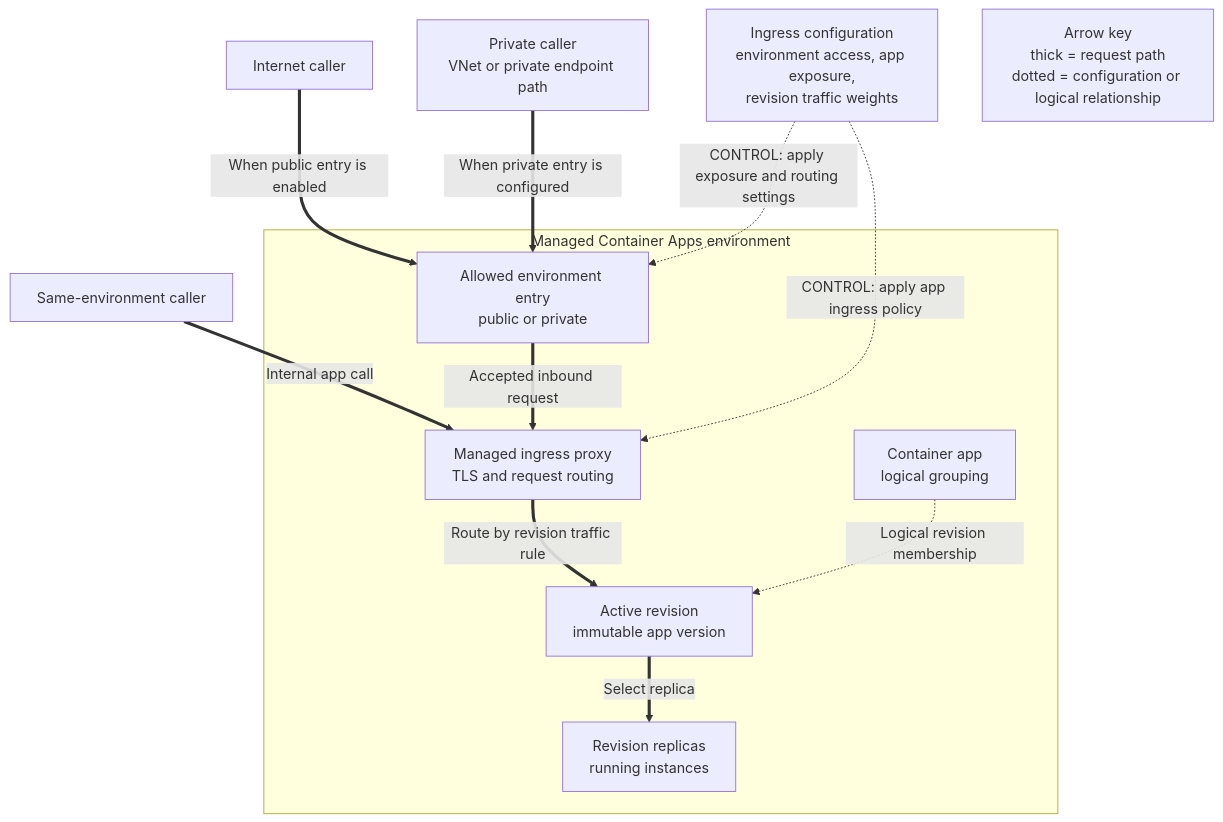
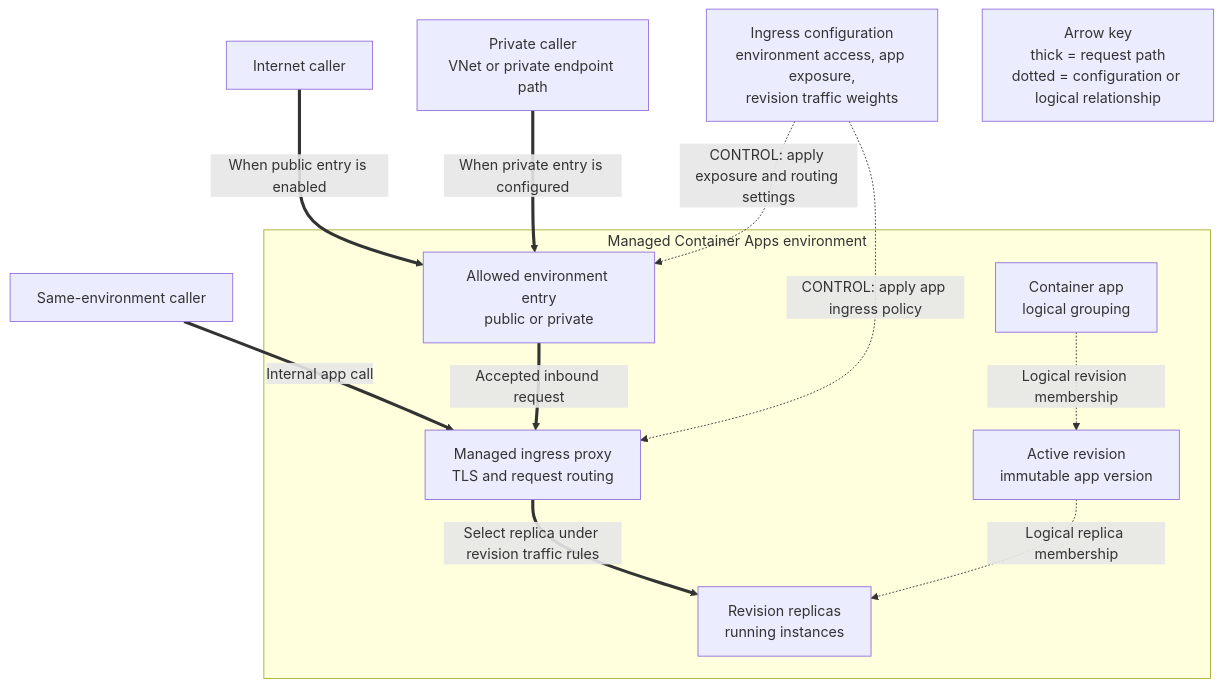
Before and after one commit to yeongseon/azure-container-apps-practical-guide: the first of 2 diagrams in docs/platform/networking/ingress.md, drawn with Mermaid. The commit also changed other lines of this file and 7 other files, not shown here.

First line of the commit message:
fix(diagrams): correct request paths and record review of platform and troubleshooting diagrams (#638)

````diff
--- a/docs/platform/networking/ingress.md
+++ b/docs/platform/networking/ingress.md
@@ -66,31 +66,31 @@
 ```mermaid
 flowchart TD
     accTitle: Azure Container Apps ingress request lifecycle
-    accDescr: Internet, virtual network, private endpoint, and same-environment callers reach the managed environment only through allowed entry paths. The managed ingress proxy terminates TLS and routes accepted requests to an active revision and its replicas. Dotted arrows show configuration rather than request traffic.
+    accDescr: Internet, virtual network, private endpoint, and same-environment callers reach the managed environment only through allowed entry paths. The managed ingress proxy terminates TLS and selects replicas under revision traffic rules. Dotted arrows show app, revision, and replica membership or configuration rather than request traffic.
 
     INTERNET["Internet caller"]
     PRIVATE["Private caller<br/>VNet or private endpoint path"]
     INTERNAL["Same-environment caller"]
     CONFIG["Ingress configuration<br/>environment access, app exposure,<br/>revision traffic weights"]
 
     subgraph ENV["Managed Container Apps environment"]
         ENTRY["Allowed environment entry<br/>public or private"]
         INGRESS["Managed ingress proxy<br/>TLS and request routing"]
         APP["Container app<br/>logical grouping"]
         REV_ACTIVE["Active revision<br/>immutable app version"]
         REPLICAS["Revision replicas<br/>running instances"]
     end
 
     INTERNET ==>|"When public entry is enabled"| ENTRY
     PRIVATE ==>|"When private entry is configured"| ENTRY
     INTERNAL ==>|"Internal app call"| INGRESS
     ENTRY ==>|"Accepted inbound request"| INGRESS
-    INGRESS ==>|"Route by revision traffic rule"| REV_ACTIVE
-    REV_ACTIVE ==>|"Select replica"| REPLICAS
+    INGRESS ==>|"Select replica under revision traffic rules"| REPLICAS
 
     CONFIG -.->|"CONTROL: apply exposure and routing settings"| ENTRY
     CONFIG -.->|"CONTROL: apply app ingress policy"| INGRESS
     APP -.->|"Logical revision membership"| REV_ACTIVE
+    REV_ACTIVE -.->|"Logical replica membership"| REPLICAS
 
     LEGEND["Arrow key<br/>thick = request path<br/>dotted = configuration or logical relationship"]
 ```
````
